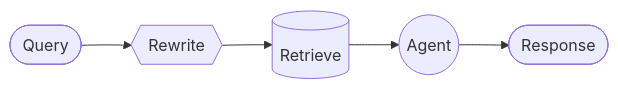
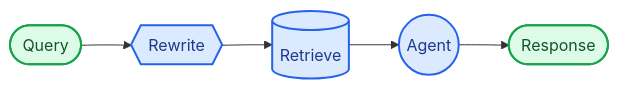
The second of 2 diagrams in build/oss/javascript/langchain/multi-agent/custom-workflow.mdx (bansalkanav/docs), drawn with Mermaid before and after one commit. The commit also changed other lines of this file and 2887 other files, not shown here.

````diff
--- a/build/oss/javascript/langchain/multi-agent/custom-workflow.mdx
+++ b/build/oss/javascript/langchain/multi-agent/custom-workflow.mdx
@@ -87,7 +95,13 @@
 ```mermaid
 graph LR
     A([Query]) --> B{{Rewrite}}
     B --> C[(Retrieve)]
     C --> D((Agent))
     D --> E([Response])
+
+    classDef trigger fill:#DCFCE7,stroke:#16A34A,stroke-width:2px,color:#14532D
+    classDef process fill:#DBEAFE,stroke:#2563EB,stroke-width:2px,color:#1E3A8A
+
+    class A,E trigger
+    class B,C,D process
 ```
````
